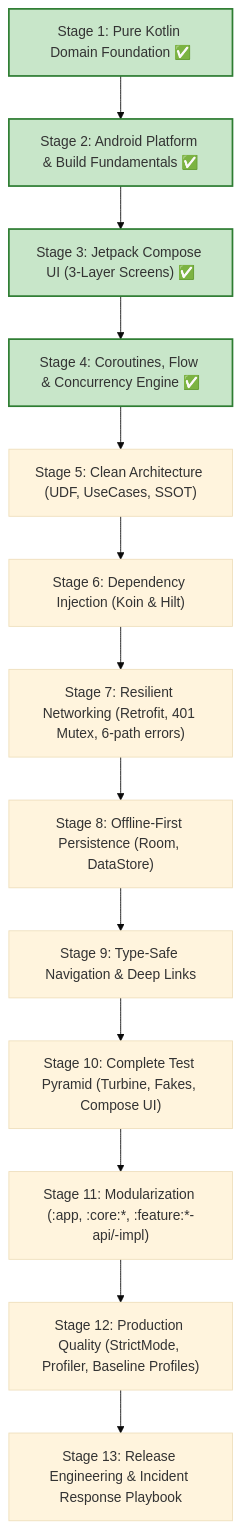
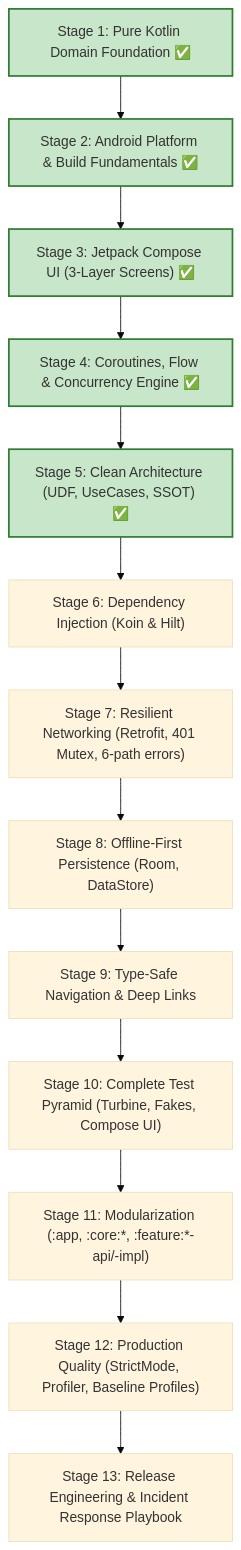
The diagram in enterprise-finance-tracker-real-time-app/README.md (rohitlavate97/android-development), drawn with Mermaid (base theme) before and after one commit. The commit also changed other lines of this file and 21 other files, not shown here.

Commit message:
feat(stage-5): Refactor to Clean Architecture with Use Cases, boundary mappers, and MVI state machine

````diff
--- a/enterprise-finance-tracker-real-time-app/README.md
+++ b/enterprise-finance-tracker-real-time-app/README.md
@@ -21,20 +21,21 @@
 ```mermaid
 graph TD
     S01["Stage 1: Pure Kotlin Domain Foundation ✅"] --> S02["Stage 2: Android Platform & Build Fundamentals ✅"]
     S02 --> S03["Stage 3: Jetpack Compose UI (3-Layer Screens) ✅"]
     S03 --> S04["Stage 4: Coroutines, Flow & Concurrency Engine ✅"]
-    S04 --> S05["Stage 5: Clean Architecture (UDF, UseCases, SSOT)"]
+    S04 --> S05["Stage 5: Clean Architecture (UDF, UseCases, SSOT) ✅"]
     S05 --> S06["Stage 6: Dependency Injection (Koin & Hilt)"]
     S06 --> S07["Stage 7: Resilient Networking (Retrofit, 401 Mutex, 6-path errors)"]
     S07 --> S08["Stage 8: Offline-First Persistence (Room, DataStore)"]
     S08 --> S09["Stage 9: Type-Safe Navigation & Deep Links"]
     S09 --> S10["Stage 10: Complete Test Pyramid (Turbine, Fakes, Compose UI)"]
     S10 --> S11["Stage 11: Modularization (:app, :core:*, :feature:*-api/-impl)"]
     S11 --> S12["Stage 12: Production Quality (StrictMode, Profiler, Baseline Profiles)"]
     S12 --> S13["Stage 13: Release Engineering & Incident Response Playbook"]
 
     style S01 fill:#c8e6c9,stroke:#2e7d32,stroke-width:2px
     style S02 fill:#c8e6c9,stroke:#2e7d32,stroke-width:2px
     style S03 fill:#c8e6c9,stroke:#2e7d32,stroke-width:2px
     style S04 fill:#c8e6c9,stroke:#2e7d32,stroke-width:2px
+    style S05 fill:#c8e6c9,stroke:#2e7d32,stroke-width:2px
 ```
````
